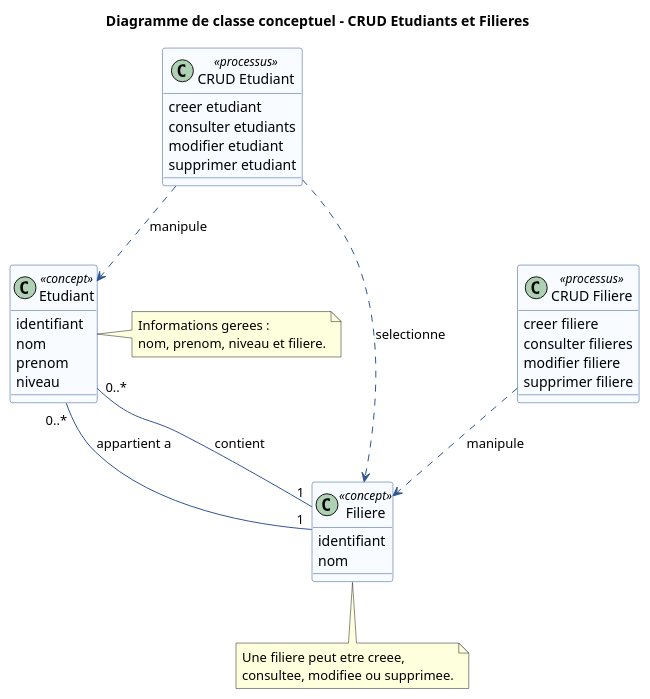
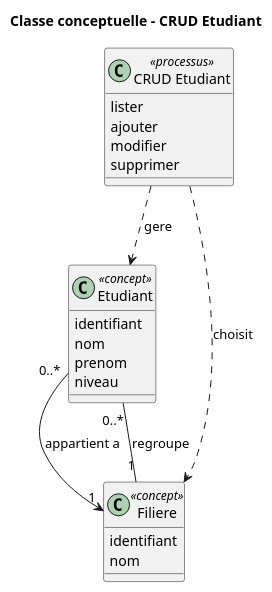
One commit to mehdidabaj/app-etudiant changed the diagram in docs/uml/classe-conceptuel.puml. Above: the diagram before and after it, drawn with PlantUML. The commit also changed 12 other files, not shown here.

Commit message:
Simplify UML diagrams around student CRUD

```diff
--- a/docs/uml/classe-conceptuel.puml
+++ b/docs/uml/classe-conceptuel.puml
@@ -1,55 +1,31 @@
 @startuml
-title Diagramme de classe conceptuel - CRUD Etudiants et Filieres
+title Classe conceptuelle - CRUD Etudiant
 
 skinparam classAttributeIconSize 0
 skinparam shadowing false
-skinparam class {
-  BackgroundColor #F8FBFF
-  BorderColor #2F5597
-  ArrowColor #2F5597
-}
 
 class Etudiant <<concept>> {
   identifiant
   nom
   prenom
   niveau
 }
 
 class Filiere <<concept>> {
   identifiant
   nom
 }
 
 class "CRUD Etudiant" as CrudEtudiant <<processus>> {
-  creer etudiant
-  consulter etudiants
-  modifier etudiant
-  supprimer etudiant
+  lister
+  ajouter
+  modifier
+  supprimer
 }
 
-class "CRUD Filiere" as CrudFiliere <<processus>> {
-  creer filiere
-  consulter filieres
-  modifier filiere
-  supprimer filiere
-}
-
-Filiere "1" -- "0..*" Etudiant : contient
-Etudiant "0..*" -- "1" Filiere : appartient a
-
-CrudEtudiant ..> Etudiant : manipule
-CrudEtudiant ..> Filiere : selectionne
-CrudFiliere ..> Filiere : manipule
-
-note right of Etudiant
-  Informations gerees :
-  nom, prenom, niveau et filiere.
-end note
-
-note bottom of Filiere
-  Une filiere peut etre creee,
-  consultee, modifiee ou supprimee.
-end note
+CrudEtudiant ..> Etudiant : gere
+CrudEtudiant ..> Filiere : choisit
+Filiere "1" -- "0..*" Etudiant : regroupe
+Etudiant "0..*" --> "1" Filiere : appartient a
 
 @enduml
```
